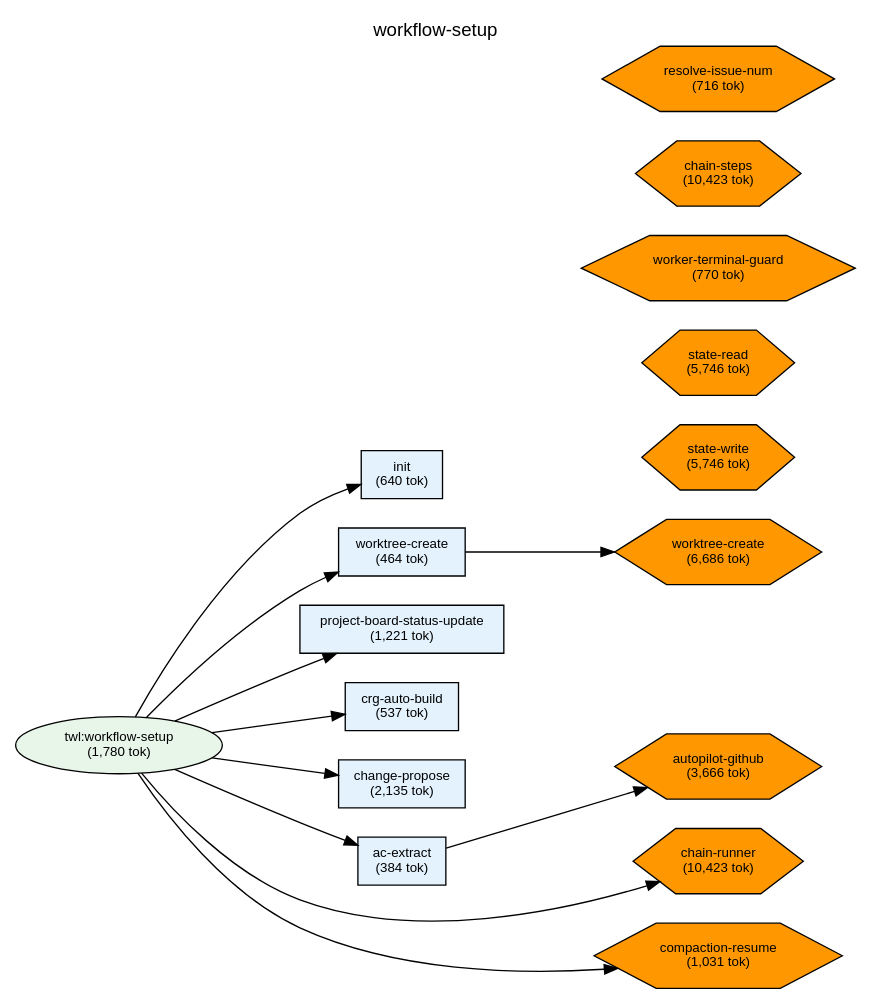
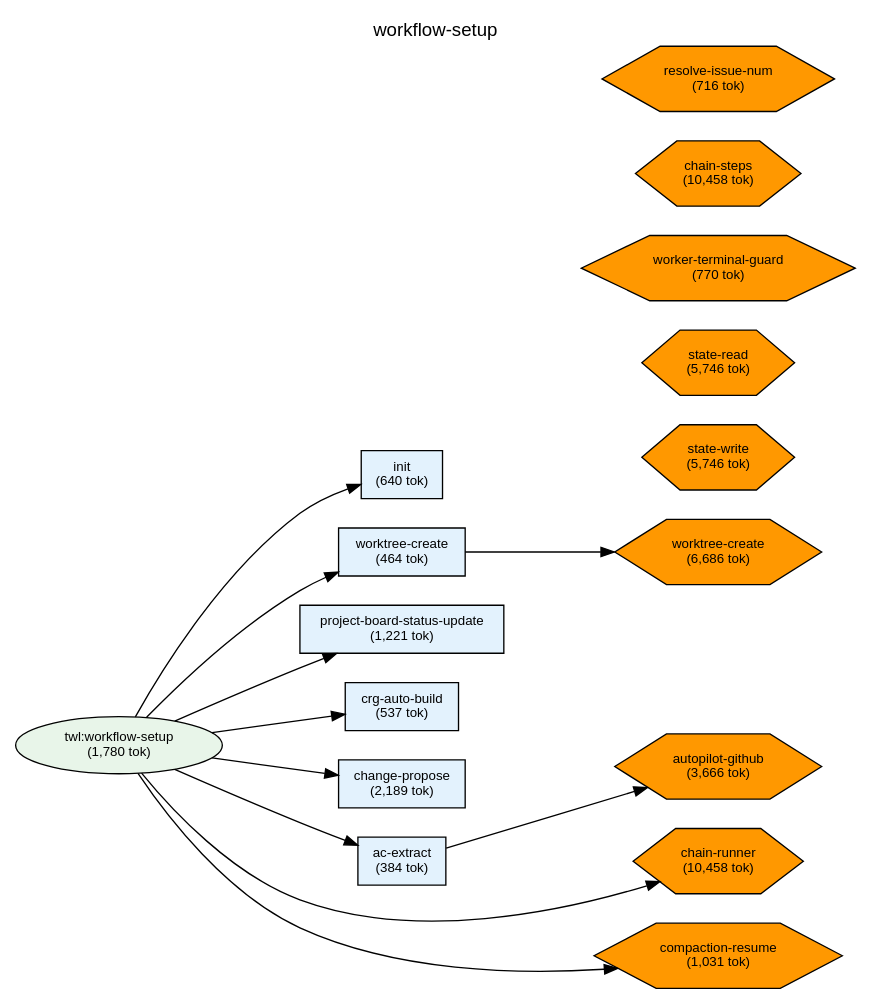
One commit to shuu5/twill changed the diagram in plugins/twl/docs/deps-workflow-setup.dot. Above: the diagram before and after it, drawn with Graphviz. The commit also changed 17 other files, not shown here.

```diff
--- a/plugins/twl/docs/deps-workflow-setup.dot
+++ b/plugins/twl/docs/deps-workflow-setup.dot
@@ -1,80 +1,80 @@
 digraph Dependencies {
     // Graph settings
     rankdir=LR;
     ranksep=0.8;
     nodesep=0.3;
     fontname="Helvetica";
     node [fontname="Helvetica", fontsize=10];
     edge [fontname="Helvetica", fontsize=9];
     label="workflow-setup";
     labelloc=t;
     fontsize=14;
 
     // L0: Controller Skills
 
     // L0: Launchers
 
     // L0.5: Workflow Skills
     skill_workflow_setup [label="twl:workflow-setup\n(1,780 tok)", shape=ellipse, style=filled, fillcolor="#e8f5e9"];
 
     // Reference Skills
 
     // L1: Direct Commands
     cmd_init [label="init\n(640 tok)", shape=box, style=filled, fillcolor="#e3f2fd"];
     cmd_worktree_create [label="worktree-create\n(464 tok)", shape=box, style=filled, fillcolor="#e3f2fd"];
     cmd_project_board_status_update [label="project-board-status-update\n(1,221 tok)", shape=box, style=filled, fillcolor="#e3f2fd"];
     cmd_crg_auto_build [label="crg-auto-build\n(537 tok)", shape=box, style=filled, fillcolor="#e3f2fd"];
-    cmd_change_propose [label="change-propose\n(2,135 tok)", shape=box, style=filled, fillcolor="#e3f2fd"];
+    cmd_change_propose [label="change-propose\n(2,189 tok)", shape=box, style=filled, fillcolor="#e3f2fd"];
     cmd_ac_extract [label="ac-extract\n(384 tok)", shape=box, style=filled, fillcolor="#e3f2fd"];
 
     // L2: Sub Commands
 
     // L3: Agents
 
     // L3.5: Scripts
     script_state_read [label="state-read\n(5,746 tok)", shape=hexagon, style=filled, fillcolor="#FF9800"];
     script_state_write [label="state-write\n(5,746 tok)", shape=hexagon, style=filled, fillcolor="#FF9800"];
-    script_chain_runner [label="chain-runner\n(10,423 tok)", shape=hexagon, style=filled, fillcolor="#FF9800"];
+    script_chain_runner [label="chain-runner\n(10,458 tok)", shape=hexagon, style=filled, fillcolor="#FF9800"];
     script_worker_terminal_guard [label="worker-terminal-guard\n(770 tok)", shape=hexagon, style=filled, fillcolor="#FF9800"];
     script_worktree_create [label="worktree-create\n(6,686 tok)", shape=hexagon, style=filled, fillcolor="#FF9800"];
     script_autopilot_github [label="autopilot-github\n(3,666 tok)", shape=hexagon, style=filled, fillcolor="#FF9800"];
-    script_chain_steps [label="chain-steps\n(10,423 tok)", shape=hexagon, style=filled, fillcolor="#FF9800"];
+    script_chain_steps [label="chain-steps\n(10,458 tok)", shape=hexagon, style=filled, fillcolor="#FF9800"];
     script_compaction_resume [label="compaction-resume\n(1,031 tok)", shape=hexagon, style=filled, fillcolor="#FF9800"];
     script_resolve_issue_num [label="resolve-issue-num\n(716 tok)", shape=hexagon, style=filled, fillcolor="#FF9800"];
 
     // L4: External
 
     // Layer constraints
     { rank=same; skill_workflow_setup; }
     { rank=same; cmd_init; cmd_worktree_create; cmd_project_board_status_update; cmd_crg_auto_build; cmd_change_propose; cmd_ac_extract; }
     { rank=same; script_state_read; script_state_write; script_chain_runner; script_worker_terminal_guard; script_worktree_create; script_autopilot_github; script_chain_steps; script_compaction_resume; script_resolve_issue_num; }
 
     // Edges
     skill_workflow_setup -> cmd_init;
     skill_workflow_setup -> cmd_worktree_create;
     skill_workflow_setup -> cmd_project_board_status_update;
     skill_workflow_setup -> cmd_crg_auto_build;
     skill_workflow_setup -> cmd_change_propose;
     skill_workflow_setup -> cmd_ac_extract;
     skill_workflow_setup -> script_chain_runner;
     skill_workflow_setup -> script_compaction_resume;
     cmd_worktree_create -> script_worktree_create;
     cmd_ac_extract -> script_autopilot_github;
 
     // Ordering constraints (invisible edges)
     cmd_init -> cmd_worktree_create [style=invis, weight=10];
     cmd_worktree_create -> cmd_project_board_status_update [style=invis, weight=10];
     cmd_project_board_status_update -> cmd_crg_auto_build [style=invis, weight=10];
     cmd_crg_auto_build -> cmd_change_propose [style=invis, weight=10];
     cmd_change_propose -> cmd_ac_extract [style=invis, weight=10];
     cmd_ac_extract -> script_chain_runner [style=invis, weight=10];
     script_chain_runner -> script_compaction_resume [style=invis, weight=10];
     script_chain_runner -> script_compaction_resume [style=invis, weight=10];
     script_chain_runner -> script_compaction_resume [style=invis, weight=10];
     script_chain_runner -> script_compaction_resume [style=invis, weight=10];
     script_state_read -> script_state_write [style=invis, weight=10];
     script_state_read -> script_state_write [style=invis, weight=10];
     script_state_read -> script_state_write [style=invis, weight=10];
     script_state_read -> script_state_write [style=invis, weight=10];
 
 }
```
